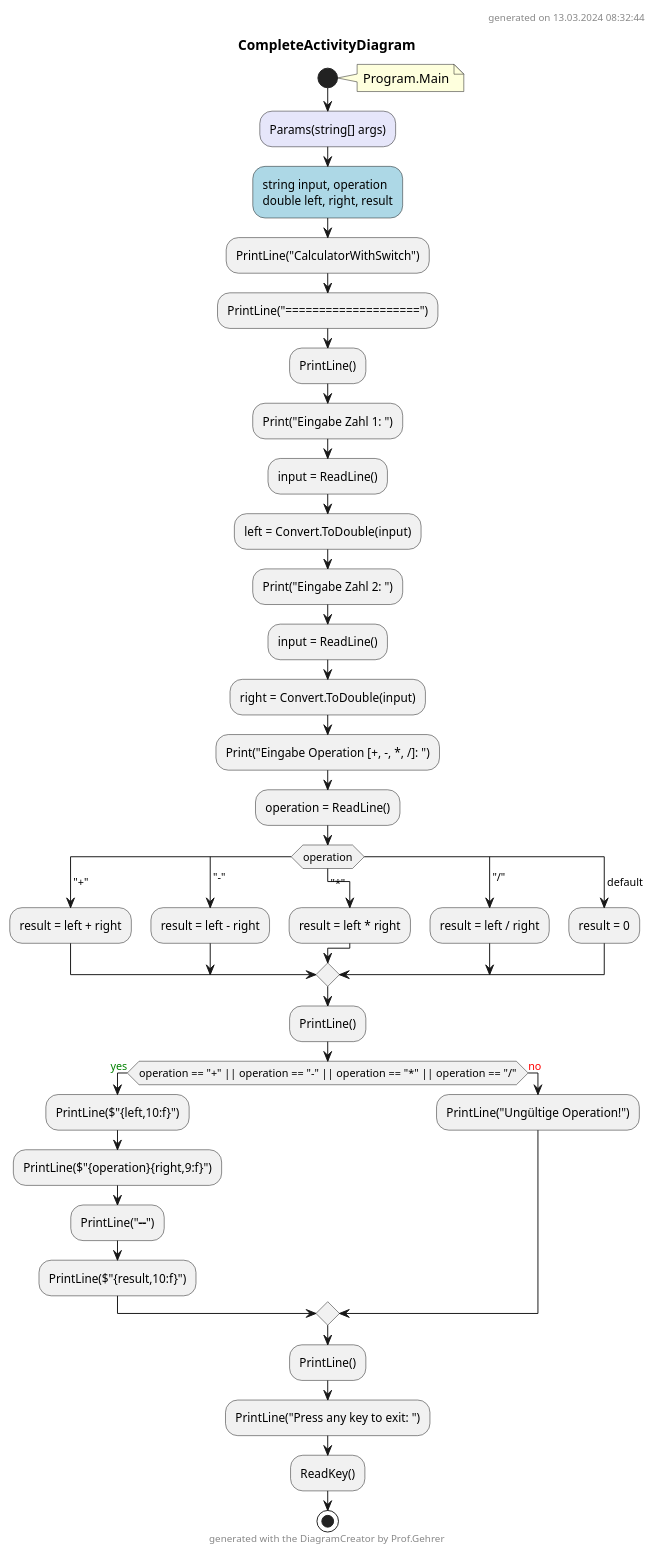
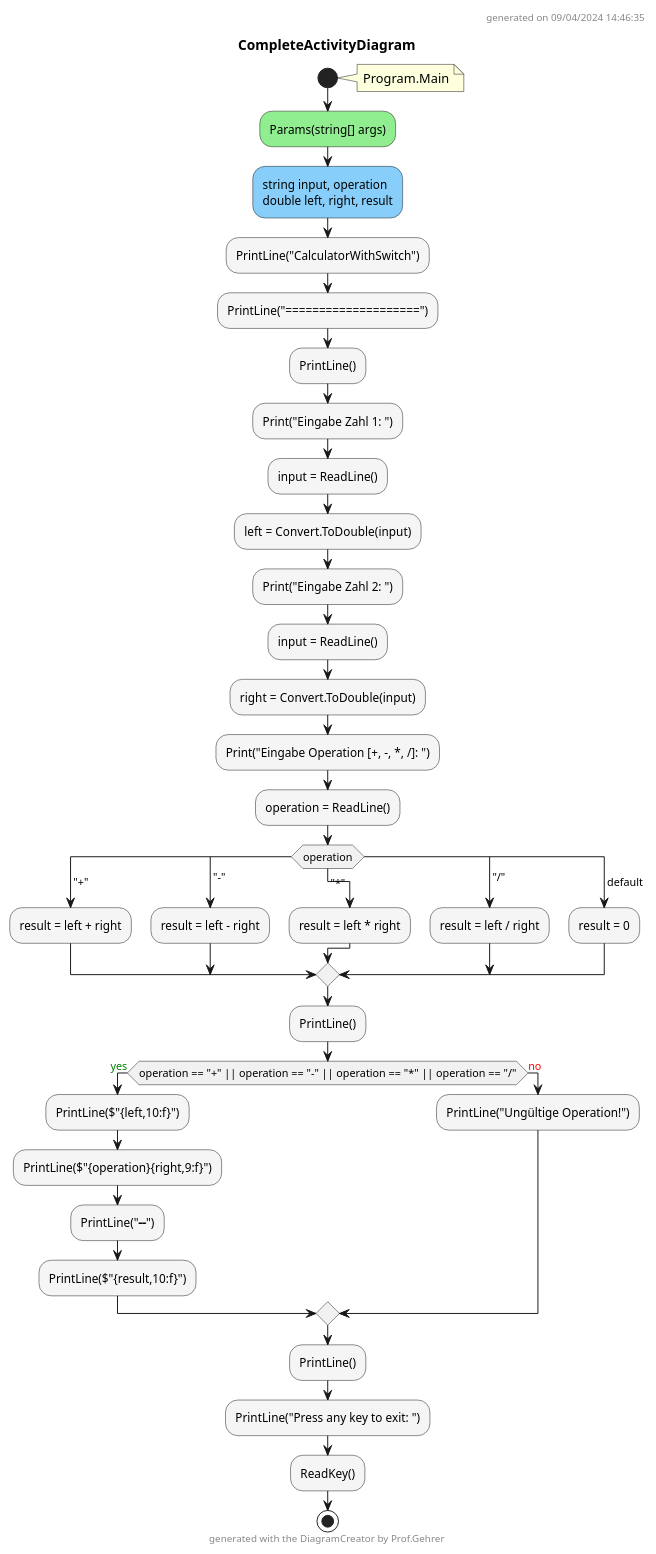
One commit to leoggehrer/2324-34_ABIF_ACIF_POSE changed the diagram in CalculatorWithSwitch.ConApp/diagrams/CompleteActivityDiagram.puml. Above: the diagram before and after it, drawn with PlantUML. The commit also changed 713 other files, not shown here.

Commit message:
Generated diagrams.

```diff
--- a/CalculatorWithSwitch.ConApp/diagrams/CompleteActivityDiagram.puml
+++ b/CalculatorWithSwitch.ConApp/diagrams/CompleteActivityDiagram.puml
@@ -1,50 +1,49 @@
 @startuml CompleteActivityDiagram
 header
-generated on 13.03.2024 08:32:44
+generated on 09/04/2024 14:46:35
 end header
 title CompleteActivityDiagram
 start
 note right:  Program.Main
-#Lavender:Params(string[] args);
-#LightBlue:string input, operation
-double left, right, result;
-:PrintLine("CalculatorWithSwitch");
-:PrintLine("====================");
-:PrintLine();
-:Print("Eingabe Zahl 1: ");
-:input = ReadLine();
-:left = Convert.ToDouble(input);
-:Print("Eingabe Zahl 2: ");
-:input = ReadLine();
-:right = Convert.ToDouble(input);
-:Print("Eingabe Operation [+, -, *, /]: ");
-:operation = ReadLine();
+#LightGreen:Params(string[] args);
+#LightSkyBlue:string input, operation\ndouble left, right, result;
+#WhiteSmoke:PrintLine("CalculatorWithSwitch");
+#WhiteSmoke:PrintLine("====================");
+#WhiteSmoke:PrintLine();
+#WhiteSmoke:Print("Eingabe Zahl 1: ");
+#WhiteSmoke:input = ReadLine();
+#WhiteSmoke:left = Convert.ToDouble(input);
+#WhiteSmoke:Print("Eingabe Zahl 2: ");
+#WhiteSmoke:input = ReadLine();
+#WhiteSmoke:right = Convert.ToDouble(input);
+#WhiteSmoke:Print("Eingabe Operation [+, -, *, /]: ");
+#WhiteSmoke:operation = ReadLine();
 switch (operation)
-  case( "+" )
-  :result = left + right;
-  case( "-" )
-  :result = left - right;
-  case( "*" )
-  :result = left * right;
-  case( "/" )
-  :result = left / right;
-  case ( default )
-  :result = 0;
+    case( "+" )
+    #WhiteSmoke:result = left + right;
+    case( "-" )
+    #WhiteSmoke:result = left - right;
+    case( "*" )
+    #WhiteSmoke:result = left * right;
+    case( "/" )
+    #WhiteSmoke:result = left / right;
+    case ( default )
+    #WhiteSmoke:result = 0;
 endswitch
-:PrintLine();
+#WhiteSmoke:PrintLine();
 if (operation == "+" || operation == "-" || operation == "*" || operation == "/") then (<color:green>yes)
-    :PrintLine($"{left,10:f}");
-    :PrintLine($"{operation}{right,9:f}");
-    :PrintLine("----------");
-    :PrintLine($"{result,10:f}");
-  else (<color:red>no)
-      :PrintLine("Ungültige Operation!");
+        #WhiteSmoke:PrintLine($"{left,10:f}");
+        #WhiteSmoke:PrintLine($"{operation}{right,9:f}");
+        #WhiteSmoke:PrintLine("----------");
+        #WhiteSmoke:PrintLine($"{result,10:f}");
+    else (<color:red>no)
+            #WhiteSmoke:PrintLine("Ungültige Operation!");
 endif
-:PrintLine();
-:PrintLine("Press any key to exit: ");
-:ReadKey();
+#WhiteSmoke:PrintLine();
+#WhiteSmoke:PrintLine("Press any key to exit: ");
+#WhiteSmoke:ReadKey();
 stop
 footer
 generated with the DiagramCreator by Prof.Gehrer
 end footer
 @enduml
```
